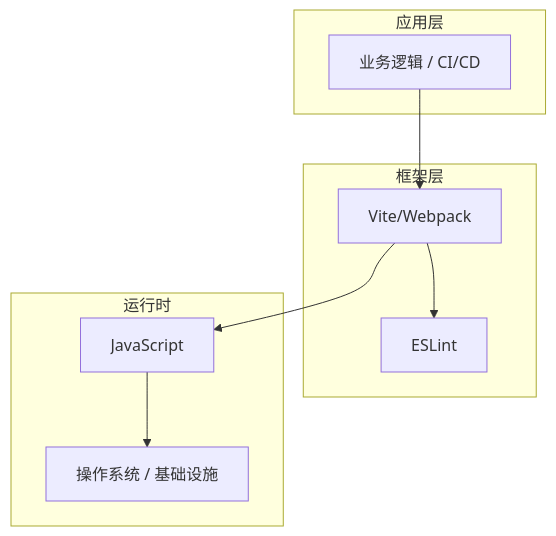
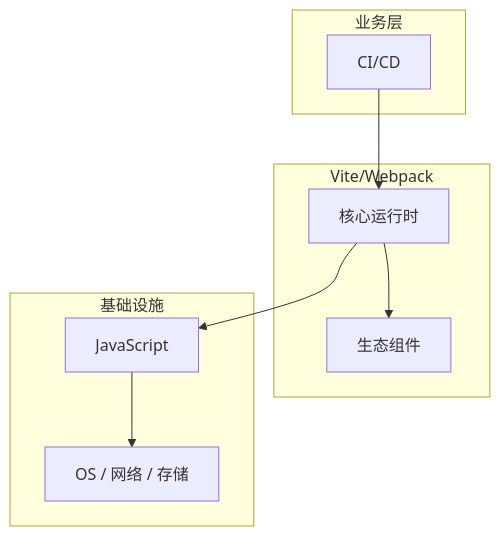
The diagram in articles/前端工程化/chapters/079-CICD核心概念与原理.md (yanggan2015/knowledge-json-v2), drawn with Mermaid before and after one commit. The commit also changed other lines of this file and 10127 other files, not shown here.

````diff
--- a/articles/前端工程化/chapters/079-CICD核心概念与原理.md
+++ b/articles/前端工程化/chapters/079-CICD核心概念与原理.md
@@ -45,18 +34,18 @@
 ```mermaid
 graph TB
-    subgraph 应用层
-        A[业务逻辑 / CI/CD]
+    subgraph 业务层
+        A[CI/CD]
     end
-    subgraph 框架层
-        B[Vite/Webpack]
-        C[ESLint]
+    subgraph Vite/Webpack
+        B[核心运行时]
+        C[生态组件]
     end
-    subgraph 运行时
+    subgraph 基础设施
         D[JavaScript]
-        E[操作系统 / 基础设施]
+        E[OS / 网络 / 存储]
     end
     A --> B
     B --> C
     B --> D
     D --> E
 ```
````
